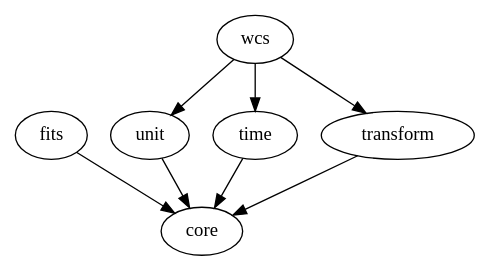
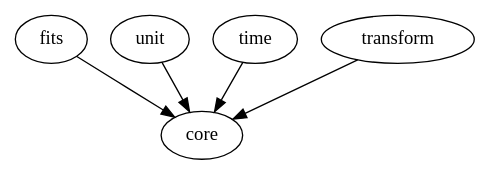
The diagram in docs/source/schemas/index.rst (asdf-format/asdf-standard), drawn with Graphviz before and after one commit.

Commit message:
Remove wcs from docs graph

```diff
--- a/docs/source/schemas/index.rst
+++ b/docs/source/schemas/index.rst
@@ -36,9 +36,6 @@
 .. digraph:: modules
 
    "fits" -> "core"
    "unit" -> "core"
    "time" -> "core"
    "transform" -> "core"
-   "wcs" -> "transform"
-   "wcs" -> "unit"
-   "wcs" -> "time"
```
